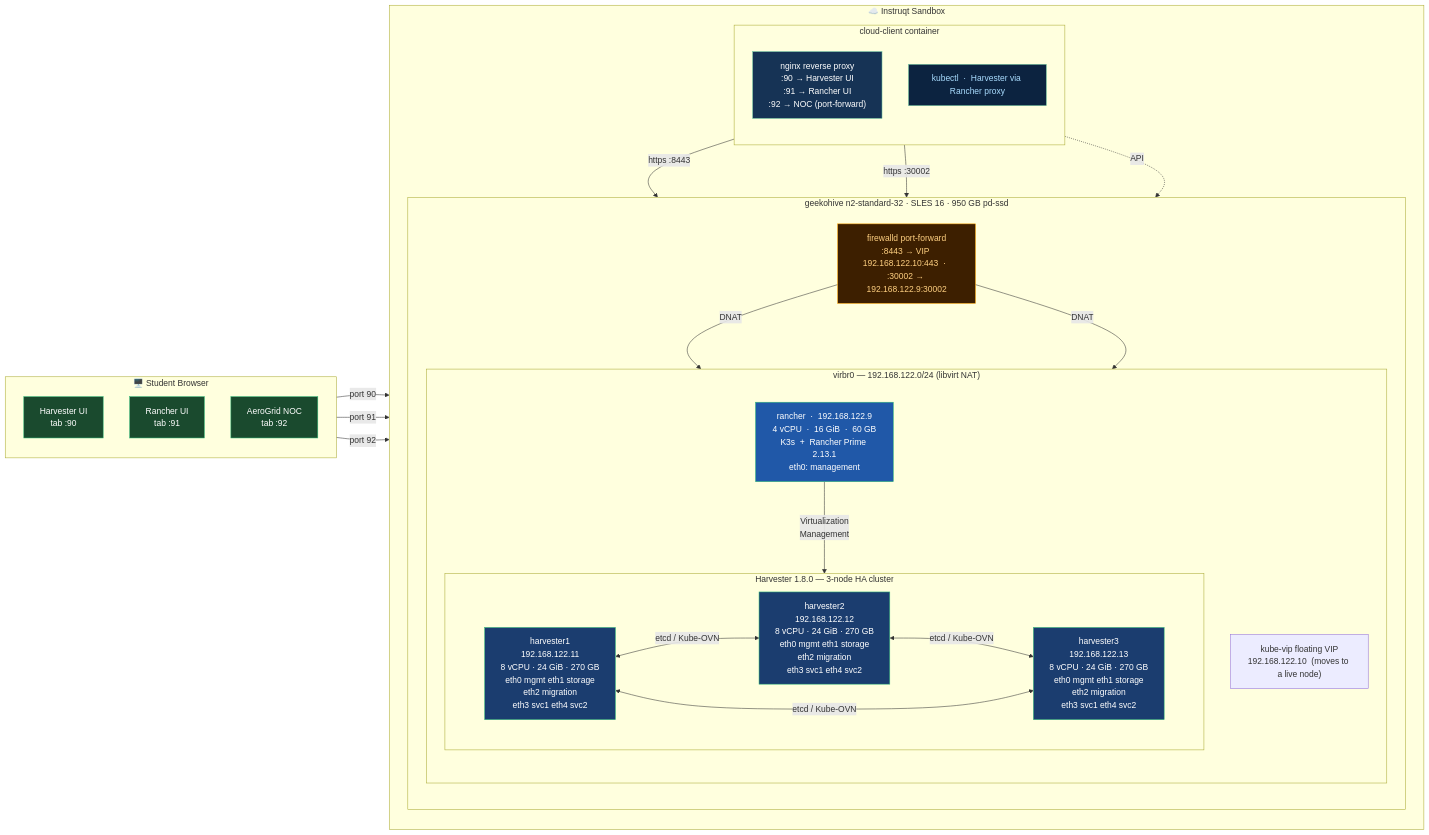
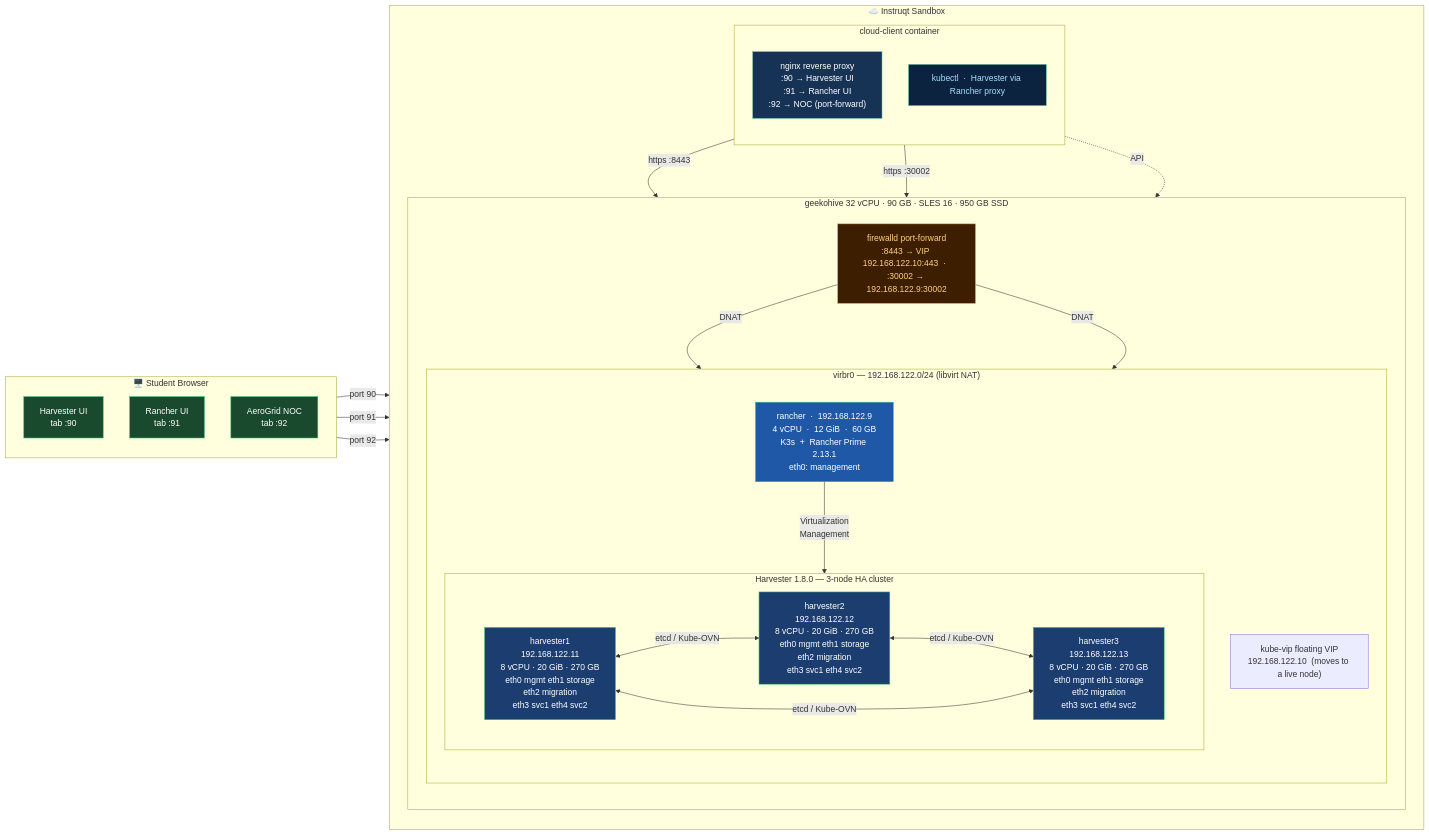
The diagram in assets/diagrams/architecture-overview.mmd (SUSE-Technical-Marketing/suse-virt-rodeo), drawn with Mermaid before and after one commit. The commit also changed 11 other files, not shown here.

```diff
--- a/assets/diagrams/architecture-overview.mmd
+++ b/assets/diagrams/architecture-overview.mmd
@@ -1,62 +1,62 @@
 graph LR
     subgraph BROWSER["🖥️  Student Browser"]
         direction TB
         T1["Harvester UI\ntab :90"]
         T2["Rancher UI\ntab :91"]
         T3["AeroGrid NOC\ntab :92"]
     end
 
     subgraph SANDBOX["☁️  Instruqt Sandbox"]
         direction TB
 
         subgraph CC["cloud-client container"]
             direction TB
             NGX["nginx reverse proxy\n:90 → Harvester UI\n:91 → Rancher UI\n:92 → NOC (port-forward)"]
             KCT["kubectl  ·  Harvester via Rancher proxy"]
         end
 
-        subgraph GH["geekohive   n2-standard-32  ·  SLES 16  ·  950 GB pd-ssd"]
+        subgraph GH["geekohive   32 vCPU · 90 GB · SLES 16 · 950 GB SSD"]
             direction TB
             DNAT["firewalld port-forward\n:8443 → VIP 192.168.122.10:443  ·  :30002 → 192.168.122.9:30002"]
 
             subgraph VIRBR["virbr0  —  192.168.122.0/24  (libvirt NAT)"]
                 direction TB
                 VIP["kube-vip floating VIP\n192.168.122.10  (moves to a live node)"]
-                RN["rancher  ·  192.168.122.9\n4 vCPU  ·  16 GiB  ·  60 GB\nK3s  +  Rancher Prime 2.13.1\neth0: management"]
+                RN["rancher  ·  192.168.122.9\n4 vCPU  ·  12 GiB  ·  60 GB\nK3s  +  Rancher Prime 2.13.1\neth0: management"]
 
                 subgraph HVC["Harvester 1.8.0  —  3-node HA cluster"]
                     direction LR
-                    H1["harvester1\n192.168.122.11\n8 vCPU · 24 GiB · 270 GB\neth0 mgmt  eth1 storage\neth2 migration\neth3 svc1  eth4 svc2"]
-                    H2["harvester2\n192.168.122.12\n8 vCPU · 24 GiB · 270 GB\neth0 mgmt  eth1 storage\neth2 migration\neth3 svc1  eth4 svc2"]
-                    H3["harvester3\n192.168.122.13\n8 vCPU · 24 GiB · 270 GB\neth0 mgmt  eth1 storage\neth2 migration\neth3 svc1  eth4 svc2"]
+                    H1["harvester1\n192.168.122.11\n8 vCPU · 20 GiB · 270 GB\neth0 mgmt  eth1 storage\neth2 migration\neth3 svc1  eth4 svc2"]
+                    H2["harvester2\n192.168.122.12\n8 vCPU · 20 GiB · 270 GB\neth0 mgmt  eth1 storage\neth2 migration\neth3 svc1  eth4 svc2"]
+                    H3["harvester3\n192.168.122.13\n8 vCPU · 20 GiB · 270 GB\neth0 mgmt  eth1 storage\neth2 migration\neth3 svc1  eth4 svc2"]
                 end
             end
         end
     end
 
     T1 -->|"port 90"| NGX
     T2 -->|"port 91"| NGX
     T3 -->|"port 92"| NGX
     NGX -->|"https :8443"| DNAT
     NGX -->|"https :30002"| DNAT
     DNAT -->|"DNAT"| H1
     DNAT -->|"DNAT"| RN
     KCT -.->|"API"| RN
     RN -->|"Virtualization\nManagement"| H1
     H1 <-->|"etcd / Kube-OVN"| H2
     H2 <-->|"etcd / Kube-OVN"| H3
     H1 <-->|"etcd / Kube-OVN"| H3
 
     classDef harvester fill:#1B3D6F,stroke:#30BA78,color:#fff
     classDef rancher fill:#2058A8,stroke:#30BA78,color:#fff
     classDef nginx fill:#163355,stroke:#6EC6A0,color:#fff
     classDef dnat fill:#3D1F00,stroke:#FFA500,color:#FFD080
     classDef kubectl fill:#0C2340,stroke:#6EC6A0,color:#adf
     classDef tab fill:#1A4A2E,stroke:#30BA78,color:#fff
 
     class H1,H2,H3 harvester
     class RN rancher
     class NGX nginx
     class DNAT dnat
     class KCT kubectl
     class T1,T2,T3 tab
```
